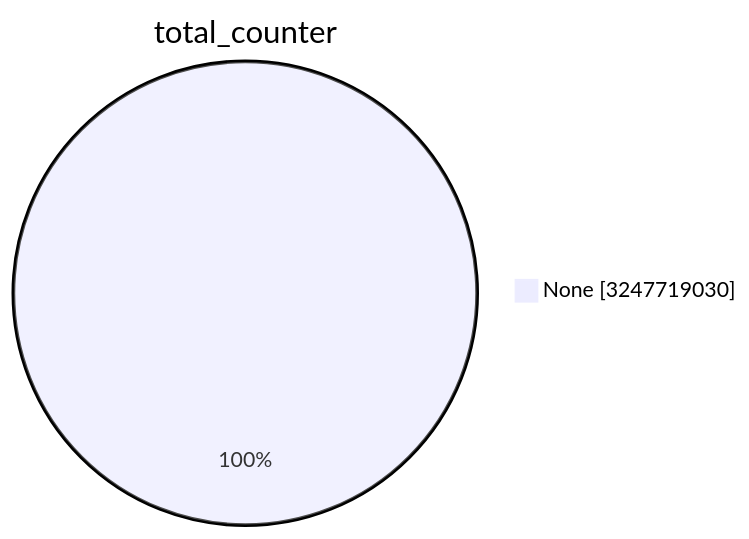
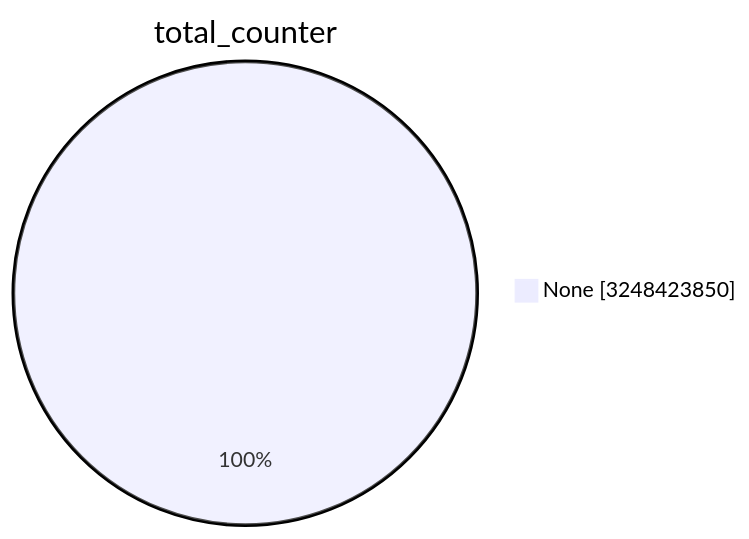
Before and after one commit to christiankrug/ctmonitor_visualization: the first of 15 diagrams in TOTAL/README.md, drawn with Mermaid. The commit also changed other lines of this file, not shown here.

````diff
--- a/TOTAL/README.md
+++ b/TOTAL/README.md
@@ -1,5 +1,5 @@
 ```mermaid
 pie showData
 title total_counter
-"None" :3247719030
+"None" :3248423850
 ```
````
